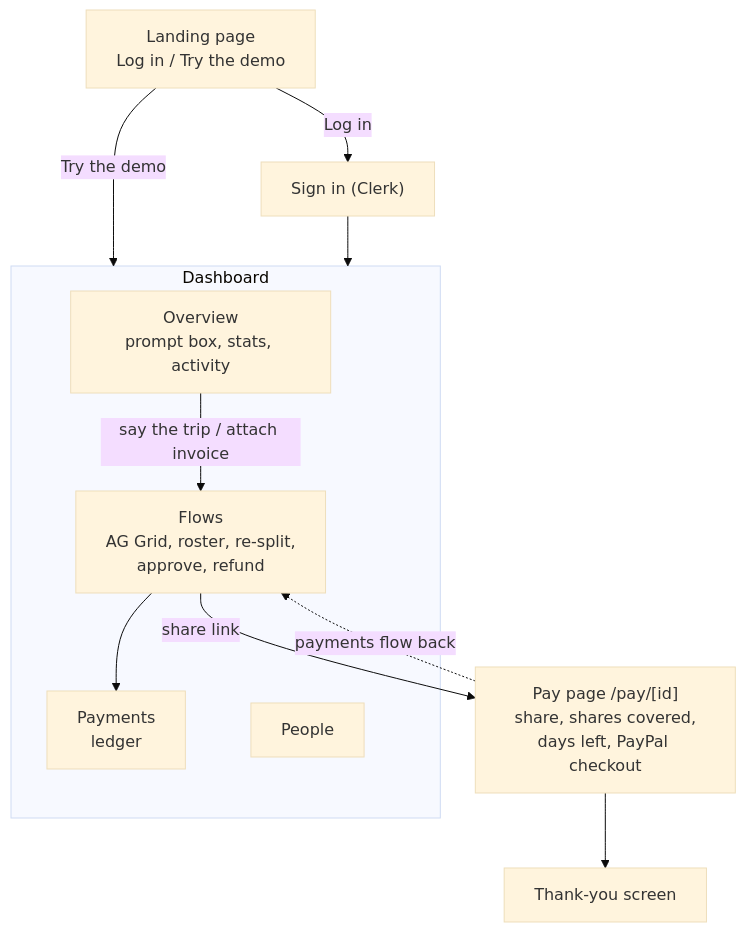
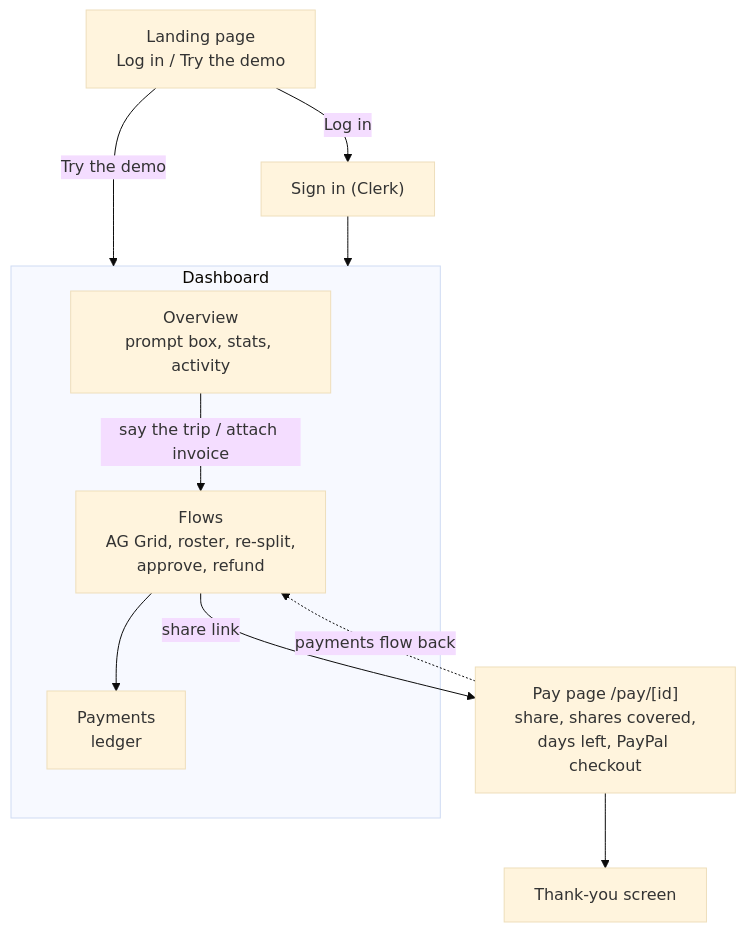
One commit to Sk031397/rivulet changed the diagram in docs/pages.mmd. Above: the diagram before and after it, drawn with Mermaid (base theme). The commit also changed 11 other files, not shown here.

```diff
--- a/docs/pages.mmd
+++ b/docs/pages.mmd
@@ -1,16 +1,15 @@
 flowchart TD
   L["Landing page<br/>Log in / Try the demo"] -->|Try the demo| D
   L -->|Log in| SI["Sign in (Clerk)"] --> D
 
   subgraph D["Dashboard"]
     OV["Overview<br/>prompt box, stats, activity"]
     FL["Flows<br/>AG Grid, roster, re-split,<br/>approve, refund"]
     PAY["Payments<br/>ledger"]
-    PE["People"]
   end
 
   OV -->|"say the trip / attach invoice"| FL
   FL -->|share link| PP["Pay page /pay/[id]<br/>share, shares covered,<br/>days left, PayPal checkout"]
   PP --> TY["Thank-you screen"]
   PP -.->|"payments flow back"| FL
   FL --> PAY
```
